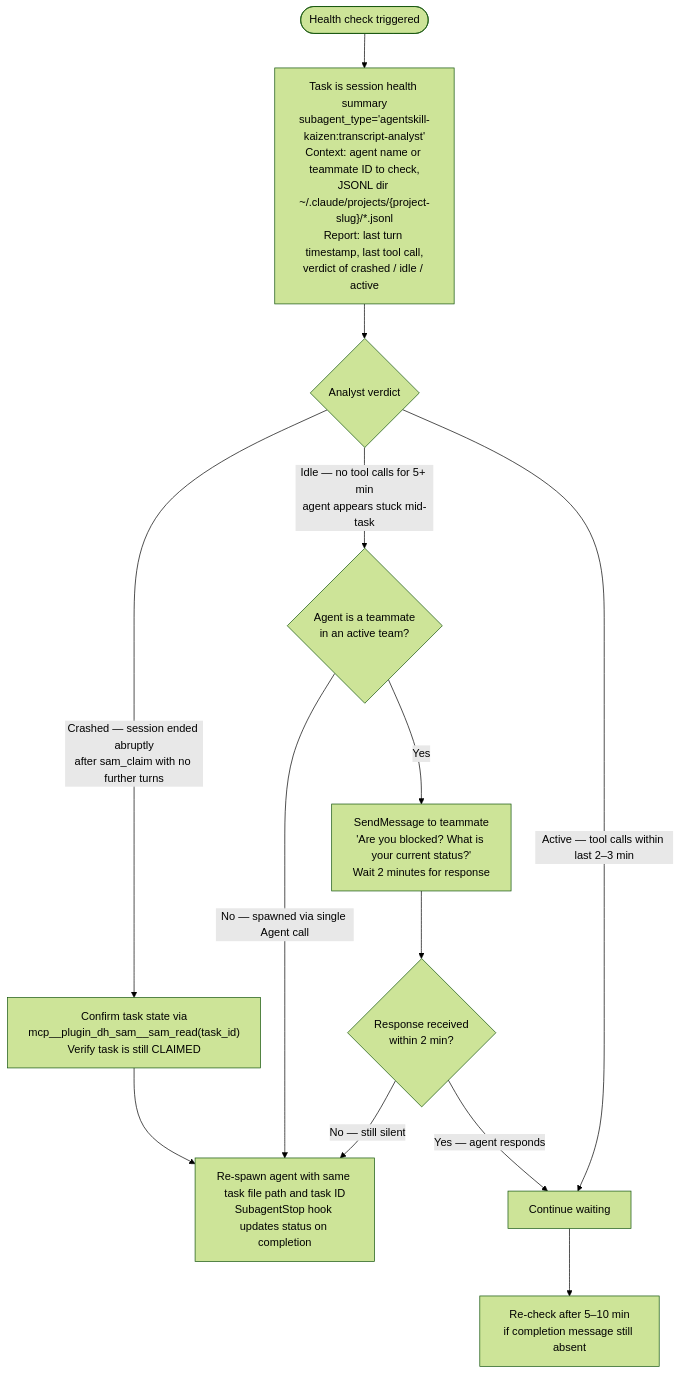
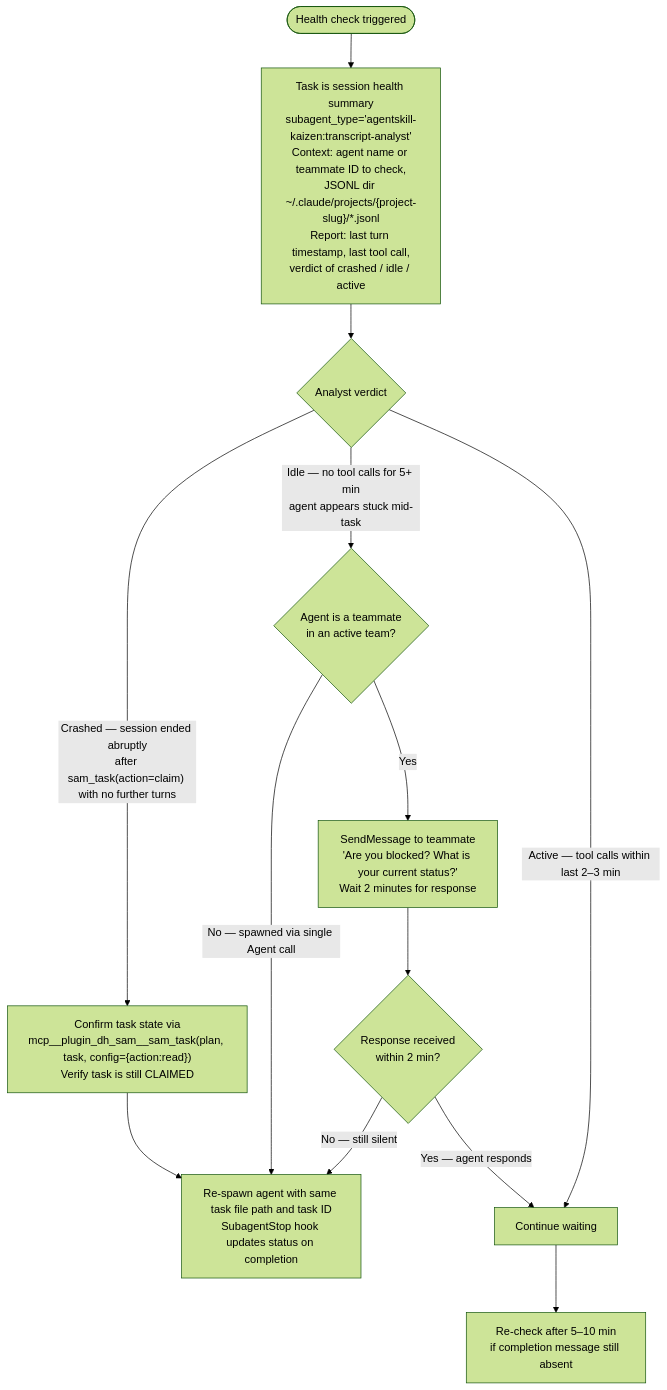
The diagram in plugins/development-harness/skills/implement-feature/SKILL.md (chgreer1070/claude_skills), drawn with Mermaid (forest theme) before and after one commit. The commit also changed other lines of this file and 28 other files, not shown here.

````diff
--- a/plugins/development-harness/skills/implement-feature/SKILL.md
+++ b/plugins/development-harness/skills/implement-feature/SKILL.md
@@ -110,17 +110,17 @@
 ```mermaid
 flowchart TD
     Trigger([Health check triggered]) --> Spawn
     Spawn["Task is session health summary<br>subagent_type='agentskill-kaizen:transcript-analyst'<br>Context: agent name or teammate ID to check,<br>JSONL dir ~/.claude/projects/{project-slug}/*.jsonl<br>Report: last turn timestamp, last tool call,<br>verdict of crashed / idle / active"]
     Spawn --> Verdict{Analyst verdict}
-    Verdict -->|"Crashed — session ended abruptly<br>after sam_claim with no further turns"| Confirm
-    Confirm["Confirm task state via<br>mcp__plugin_dh_sam__sam_read(task_id)<br>Verify task is still CLAIMED"] --> Respawn
+    Verdict -->|"Crashed — session ended abruptly<br>after sam_task(action=claim) with no further turns"| Confirm
+    Confirm["Confirm task state via<br>mcp__plugin_dh_sam__sam_task(plan, task, config={action:read})<br>Verify task is still CLAIMED"] --> Respawn
     Respawn["Re-spawn agent with same task file path and task ID<br>SubagentStop hook updates status on completion"]
     Verdict -->|"Idle — no tool calls for 5+ min<br>agent appears stuck mid-task"| TeamCheck{Agent is a teammate<br>in an active team?}
     TeamCheck -->|Yes| SendMsg["SendMessage to teammate<br>'Are you blocked? What is your current status?'<br>Wait 2 minutes for response"]
     TeamCheck -->|"No — spawned via single Agent call"| Respawn
     SendMsg --> MsgCheck{Response received<br>within 2 min?}
     MsgCheck -->|Yes — agent responds| Waiting
     MsgCheck -->|No — still silent| Respawn
     Verdict -->|"Active — tool calls within last 2–3 min"| Waiting
     Waiting[Continue waiting] --> Later["Re-check after 5–10 min<br>if completion message still absent"]
 ```
````
